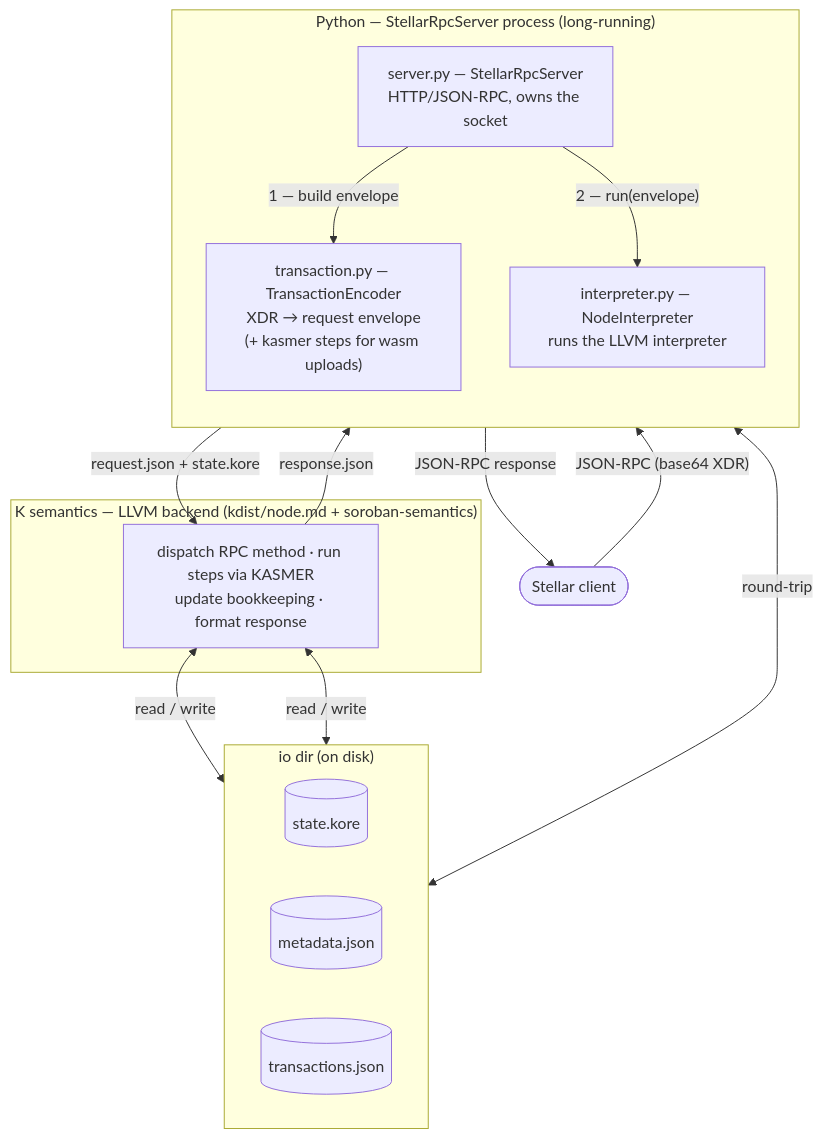
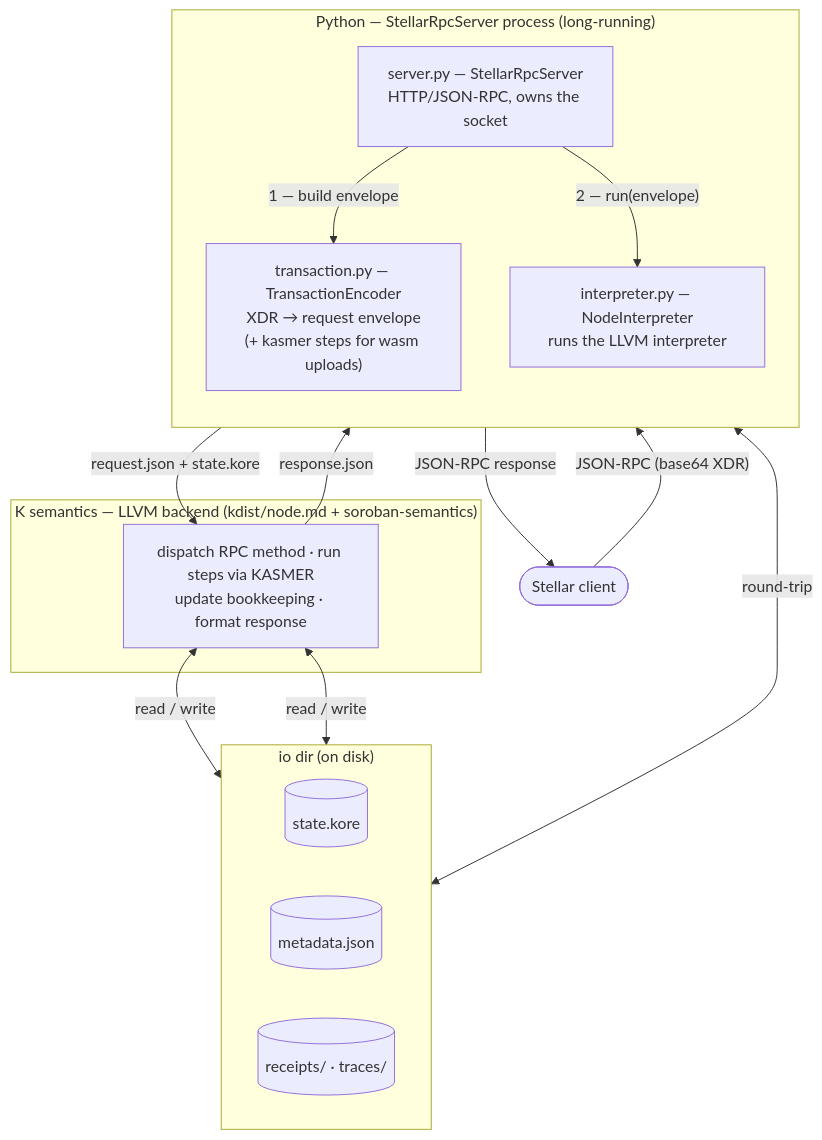
Before and after one commit to runtimeverification/komet-node: the first of 3 diagrams in docs/architecture.md, drawn with Mermaid. The commit also changed other lines of this file and 10 other files, not shown here.

````diff
--- a/docs/architecture.md
+++ b/docs/architecture.md
@@ -9,32 +9,32 @@
 ```mermaid
 flowchart TB
     client(["Stellar client"])
 
     subgraph py["Python — StellarRpcServer process (long-running)"]
         direction TB
         server["server.py — StellarRpcServer<br/>HTTP/JSON-RPC, owns the socket"]
         encoder["transaction.py — TransactionEncoder<br/>XDR → request envelope<br/>(+ kasmer steps for wasm uploads)"]
         interp["interpreter.py — NodeInterpreter<br/>runs the LLVM interpreter"]
         server -->|"1 — build envelope"| encoder
         server -->|"2 — run(envelope)"| interp
     end
 
     subgraph ksem["K semantics — LLVM backend (kdist/node.md + soroban-semantics)"]
         node["dispatch RPC method · run steps via KASMER<br/>update bookkeeping · format response"]
     end
 
     subgraph iodir["io dir (on disk)"]
         direction LR
         state[("state.kore")]
         meta[("metadata.json")]
-        txs[("transactions.json")]
+        txs[("receipts/ · traces/")]
     end
 
     client -->|"JSON-RPC (base64 XDR)"| server
     interp -->|"request.json + state.kore"| node
     node -->|"response.json"| interp
     node <-->|"read / write"| meta
     node <-->|"read / write"| txs
     interp <-->|"round-trip"| state
     server -->|"JSON-RPC response"| client
 ```
````
